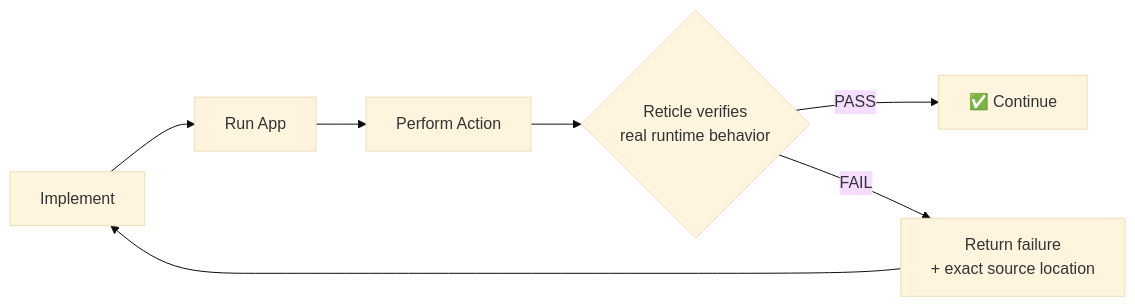
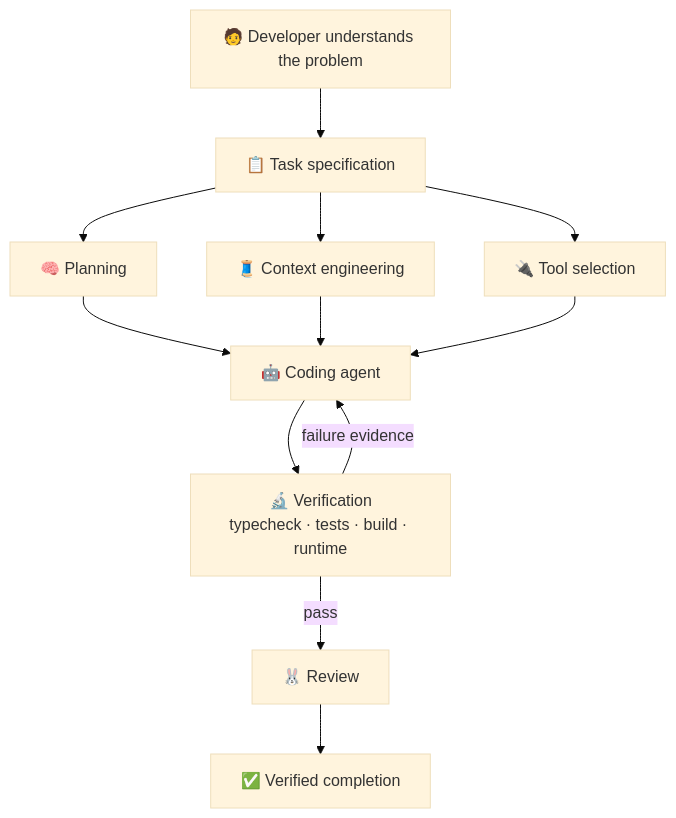
The third of 32 diagrams in Ai_optimization_guide.md (ayushman-glb/ai-engineering-playbook), drawn with Mermaid (base theme) before and after one commit. The commit also changed other lines of this file, not shown here.

````diff
--- a/Ai_optimization_guide.md
+++ b/Ai_optimization_guide.md
@@ -91,9 +196,14 @@
 ```mermaid
-flowchart LR
-    A[Implement] --> B[Run App]
-    B --> C[Perform Action]
-    C --> D{Reticle verifies<br/>real runtime behavior}
-    D -->|PASS| E[✅ Continue]
-    D -->|FAIL| F[Return failure<br/>+ exact source location]
-    F --> A
+flowchart TD
+    A["🧑 Developer understands the problem"] --> B["📋 Task specification"]
+    B --> C["🧠 Planning"]
+    B --> D["🧵 Context engineering"]
+    B --> E["🔌 Tool selection"]
+    C --> F["🤖 Coding agent"]
+    D --> F
+    E --> F
+    F --> G["🔬 Verification<br/>typecheck · tests · build · runtime"]
+    G -->|failure evidence| F
+    G -->|pass| H["🐰 Review"]
+    H --> I["✅ Verified completion"]
 ```
````
